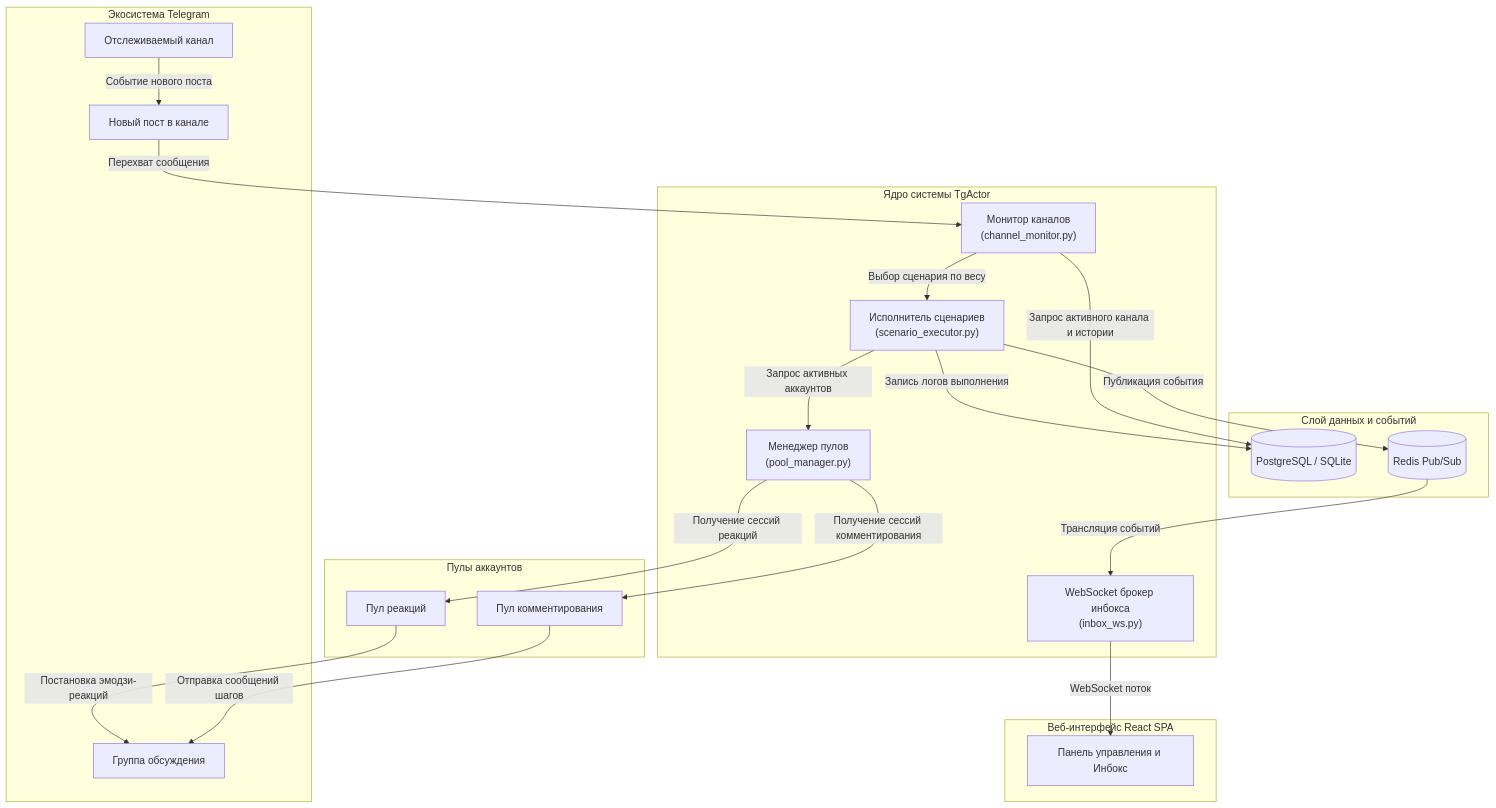
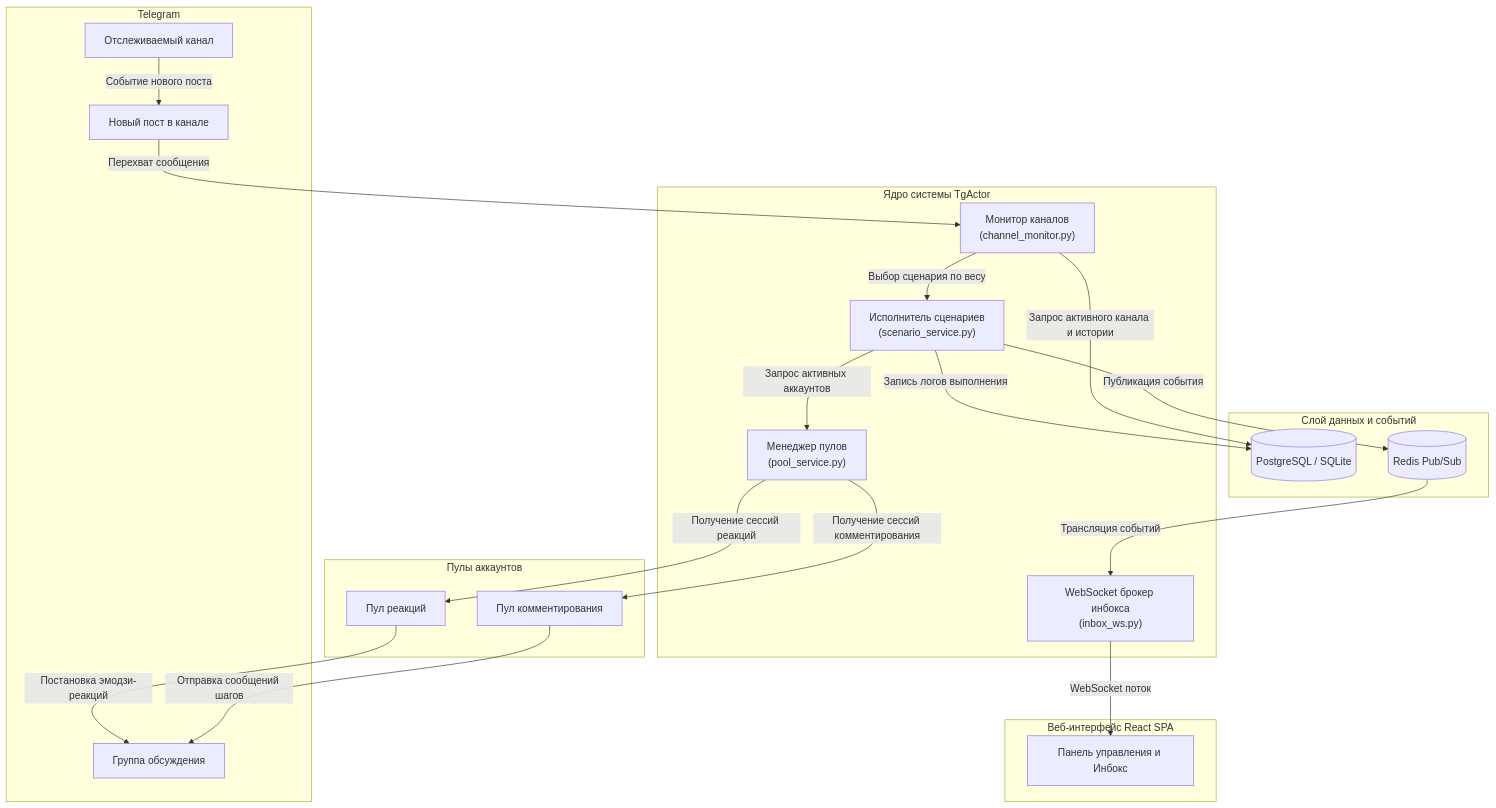
Before and after one commit to ivanchik-byte/TgActor: the diagram in docs/ARCHITECTURE.md, drawn with Mermaid. The commit also changed other lines of this file and 13 other files, not shown here.

````diff
--- a/docs/ARCHITECTURE.md
+++ b/docs/ARCHITECTURE.md
@@ -11,43 +11,43 @@
 ```mermaid
 flowchart TD
-    subgraph External["Экосистема Telegram"]
+    subgraph External["Telegram"]
         TGChannel["Отслеживаемый канал"]
         TGGroup["Группа обсуждения"]
         TGPost["Новый пост в канале"]
     end
 
     subgraph Backend["Ядро системы TgActor"]
         CM["Монитор каналов<br/>(channel_monitor.py)"]
-        SE["Исполнитель сценариев<br/>(scenario_executor.py)"]
-        PM["Менеджер пулов<br/>(pool_manager.py)"]
+        SE["Исполнитель сценариев<br/>(scenario_service.py)"]
+        PM["Менеджер пулов<br/>(pool_service.py)"]
         WS["WebSocket брокер инбокса<br/>(inbox_ws.py)"]
     end
 
     subgraph Storage["Слой данных и событий"]
         DB[(PostgreSQL / SQLite)]
         Redis[(Redis Pub/Sub)]
     end
 
     subgraph Pools["Пулы аккаунтов"]
         CPool["Пул комментирования"]
         RPool["Пул реакций"]
     end
 
     subgraph Frontend["Веб-интерфейс React SPA"]
         UI["Панель управления и Инбокс"]
     end
 
     TGChannel -->|Событие нового поста| TGPost
     TGPost -->|Перехват сообщения| CM
     CM -->|Запрос активного канала и истории| DB
     CM -->|Выбор сценария по весу| SE
     SE -->|Запрос активных аккаунтов| PM
     PM -->|Получение сессий комментирования| CPool
     PM -->|Получение сессий реакций| RPool
     CPool -->|Отправка сообщений шагов| TGGroup
     RPool -->|Постановка эмодзи-реакций| TGGroup
     SE -->|Запись логов выполнения| DB
     SE -->|Публикация события| Redis
     Redis -->|Трансляция событий| WS
     WS -->|WebSocket поток| UI
 ```
````
